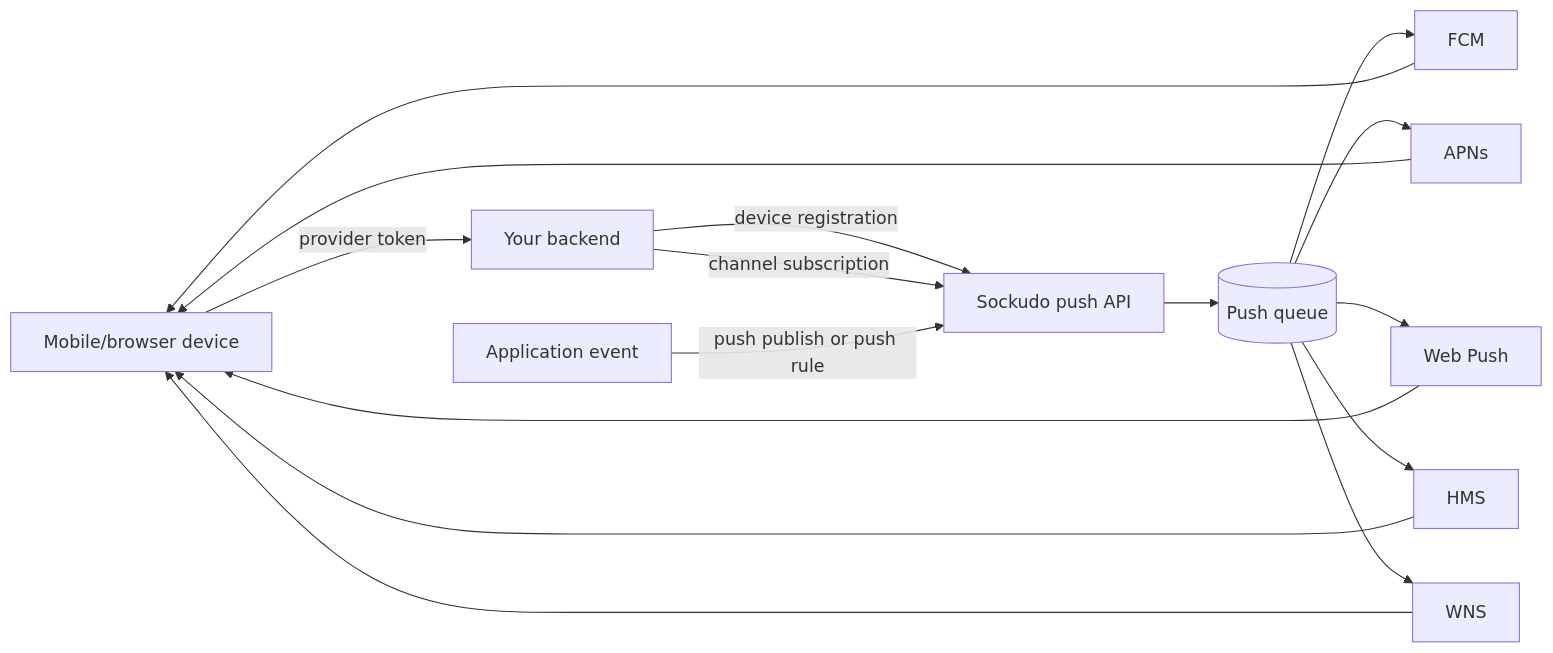
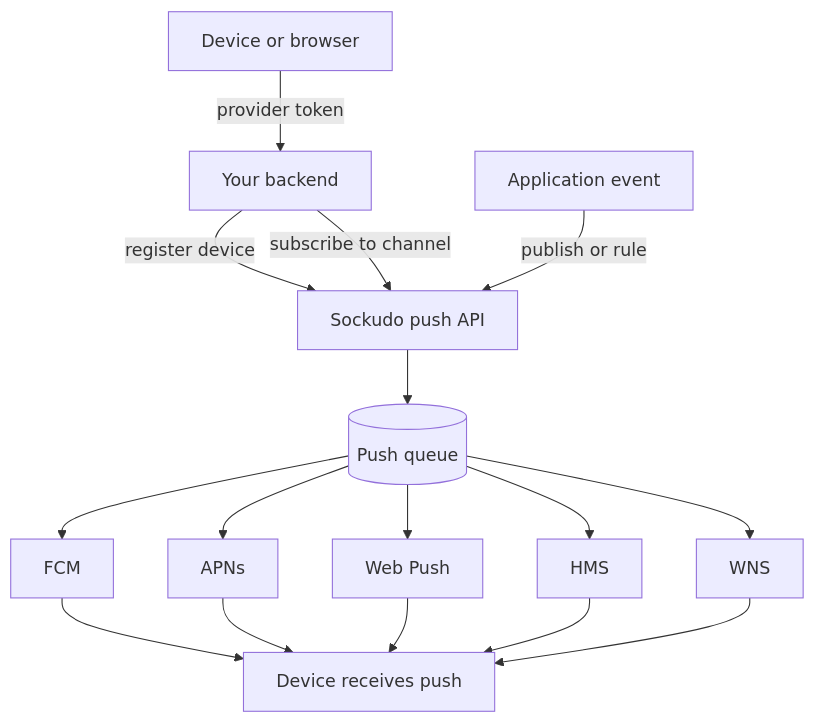
Before and after one commit to sockudo/sockudo: the first of 2 diagrams in docs/content/docs/server/push-notifications.mdx, drawn with Mermaid. The commit also changed other lines of this file and 162 other files, not shown here.

````diff
--- a/docs/content/docs/server/push-notifications.mdx
+++ b/docs/content/docs/server/push-notifications.mdx
@@ -12,18 +17,10 @@
 ```mermaid
-flowchart LR
-  D[Mobile/browser device] -->|provider token| B[Your backend]
-  B -->|device registration| S[Sockudo push API]
-  B -->|channel subscription| S
-  A[Application event] -->|push publish or push rule| S
+flowchart TB
+  D[Device or browser] -->|provider token| B[Your backend]
+  B -->|register device| S[Sockudo push API]
+  B -->|subscribe to channel| S
+  A[Application event] -->|publish or rule| S
   S --> Q[(Push queue)]
-  Q --> F[FCM]
-  Q --> AP[APNs]
-  Q --> W[Web Push]
-  Q --> H[HMS]
-  Q --> N[WNS]
-  F --> D
-  AP --> D
-  W --> D
-  H --> D
-  N --> D
+  Q --> F[FCM] & AP[APNs] & W[Web Push] & H[HMS] & N[WNS]
+  F & AP & W & H & N --> R[Device receives push]
 ```
````
